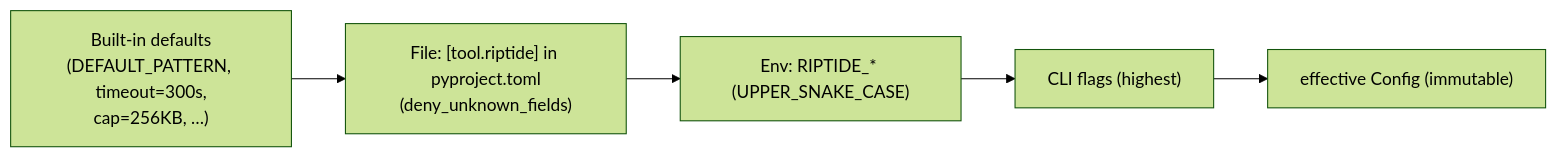
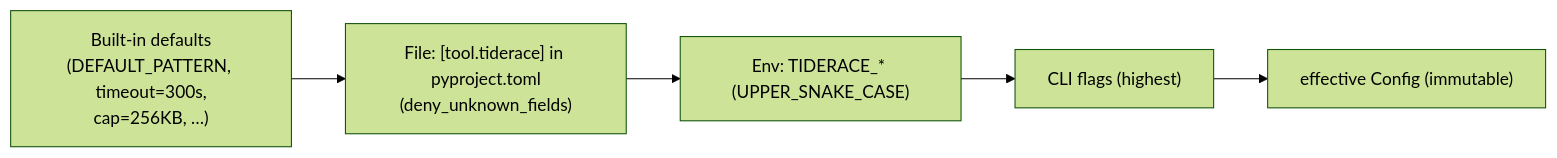
One commit to snoodleboot-io/tiderace changed the first of 6 diagrams in planning/current/pure-rust-test-engine/design/13-cross-cutting.md. Above: the diagram before and after it, drawn with Mermaid (forest theme). The commit also changed other lines of this file and 122 other files, not shown here.

First line of the commit message:
rename: riptide -> tiderace across the whole product (#17)

````diff
--- a/planning/current/pure-rust-test-engine/design/13-cross-cutting.md
+++ b/planning/current/pure-rust-test-engine/design/13-cross-cutting.md
@@ -31,7 +31,7 @@
 ```mermaid
 graph LR
     D["Built-in defaults<br/>(DEFAULT_PATTERN, timeout=300s,<br/>cap=256KB, …)"] --> F
-    F["File: [tool.riptide] in pyproject.toml<br/>(deny_unknown_fields)"] --> E
-    E["Env: RIPTIDE_* (UPPER_SNAKE_CASE)"] --> C
+    F["File: [tool.tiderace] in pyproject.toml<br/>(deny_unknown_fields)"] --> E
+    E["Env: TIDERACE_* (UPPER_SNAKE_CASE)"] --> C
     C["CLI flags (highest)"] --> EFF["effective Config (immutable)"]
 ```
````
